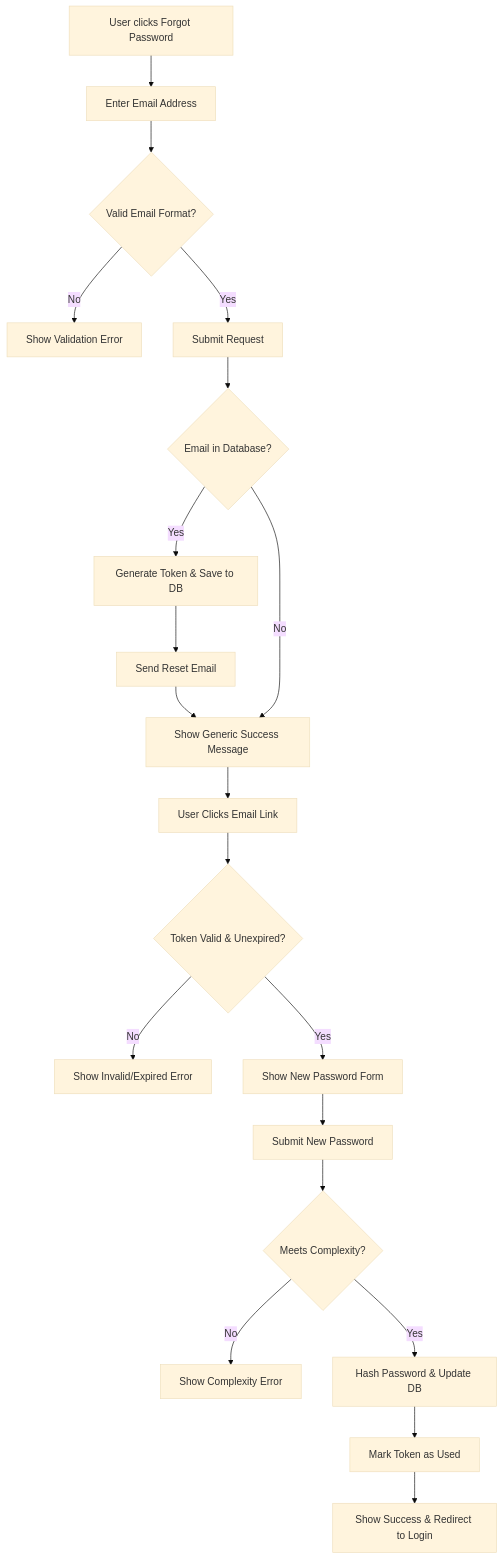
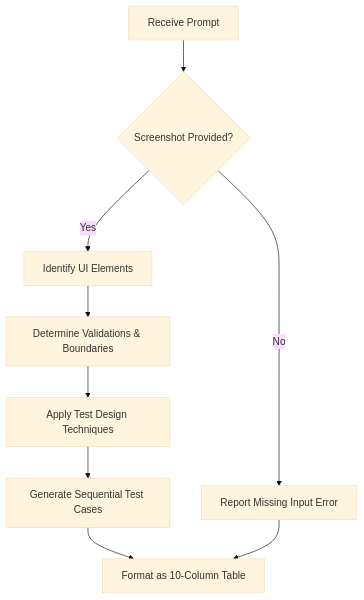
The diagram in docs/specs/functional-spec.md (darshanmk13/Office-Depot-Guatemala), drawn with Mermaid (base theme) before and after one commit. The commit also changed other lines of this file, not shown here.

````diff
--- a/docs/specs/functional-spec.md
+++ b/docs/specs/functional-spec.md
@@ -91,22 +81,11 @@
 ```mermaid
 flowchart TD
-    A[User clicks Forgot Password] --> B[Enter Email Address]
-    B --> C{Valid Email Format?}
-    C -- No --> D[Show Validation Error]
-    C -- Yes --> E[Submit Request]
-    E --> F{Email in Database?}
-    F -- Yes --> G[Generate Token & Save to DB]
-    G --> H[Send Reset Email]
-    H --> I[Show Generic Success Message]
-    F -- No --> I
-    I --> J[User Clicks Email Link]
-    J --> K{Token Valid & Unexpired?}
-    K -- No --> L[Show Invalid/Expired Error]
-    K -- Yes --> M[Show New Password Form]
-    M --> N[Submit New Password]
-    N --> O{Meets Complexity?}
-    O -- No --> P[Show Complexity Error]
-    O -- Yes --> Q[Hash Password & Update DB]
-    Q --> R[Mark Token as Used]
-    R --> S[Show Success & Redirect to Login]
+    A[Receive Prompt] --> B{Screenshot Provided?}
+    B -- Yes --> C[Identify UI Elements]
+    C --> D[Determine Validations & Boundaries]
+    D --> E[Apply Test Design Techniques]
+    E --> F[Generate Sequential Test Cases]
+    F --> G[Format as 10-Column Table]
+    B -- No --> H[Report Missing Input Error]
+    H --> G
 ```
````
